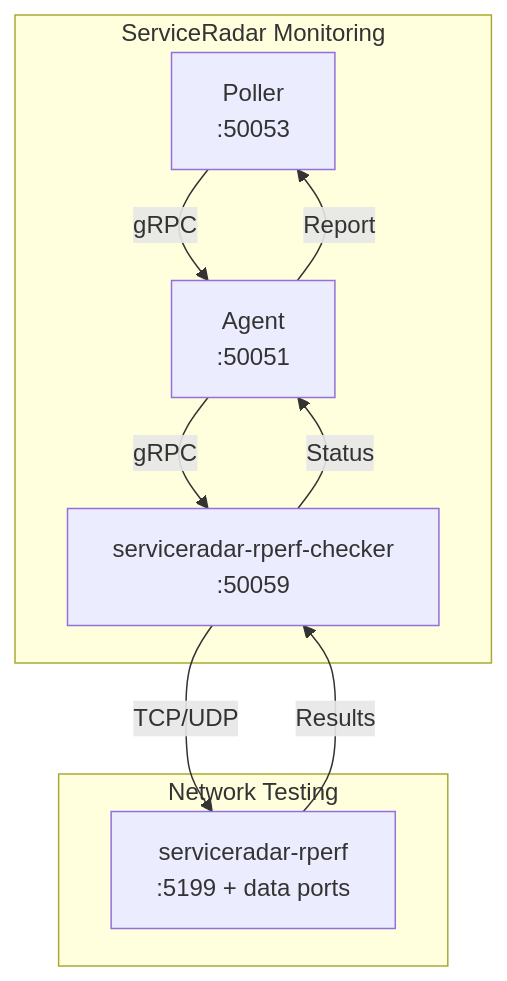
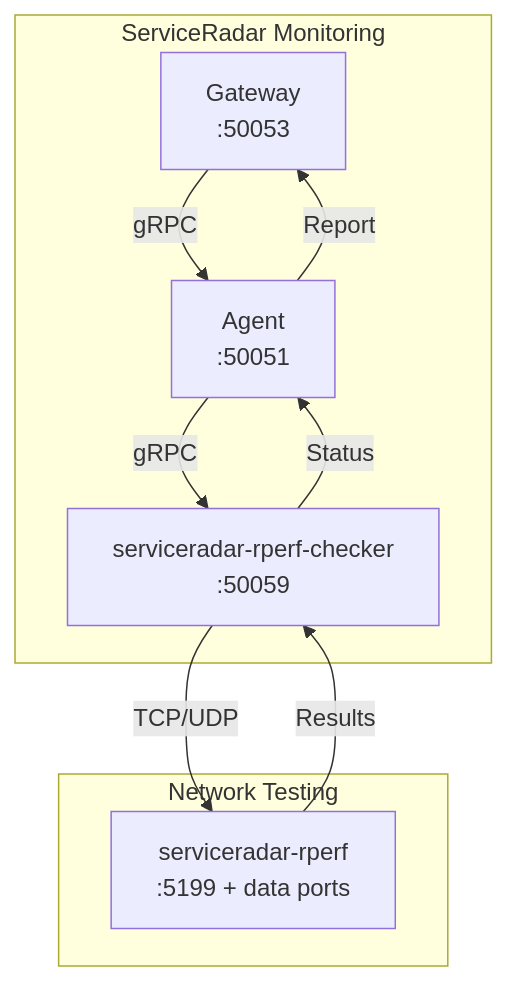
Before and after one commit to carverauto/serviceradar: the diagram in docs/docs/rperf-monitoring.md, drawn with Mermaid. The commit also changed other lines of this file and 118 other files, not shown here.

````diff
--- a/docs/docs/rperf-monitoring.md
+++ b/docs/docs/rperf-monitoring.md
@@ -22,13 +22,13 @@
 ```mermaid
 graph TD
     subgraph "ServiceRadar Monitoring"
-        Poller[Poller<br/>:50053] -->|gRPC| Agent[Agent<br/>:50051]
+        Gateway[Gateway<br/>:50053] -->|gRPC| Agent[Agent<br/>:50051]
         Agent -->|gRPC| RperfClient[serviceradar-rperf-checker<br/>:50059]
     end
     subgraph "Network Testing"
         RperfClient -->|TCP/UDP| RperfServer[serviceradar-rperf<br/>:5199 + data ports]
     end
     RperfServer -->|Results| RperfClient
     RperfClient -->|Status| Agent
-    Agent -->|Report| Poller
+    Agent -->|Report| Gateway
 ```
````
